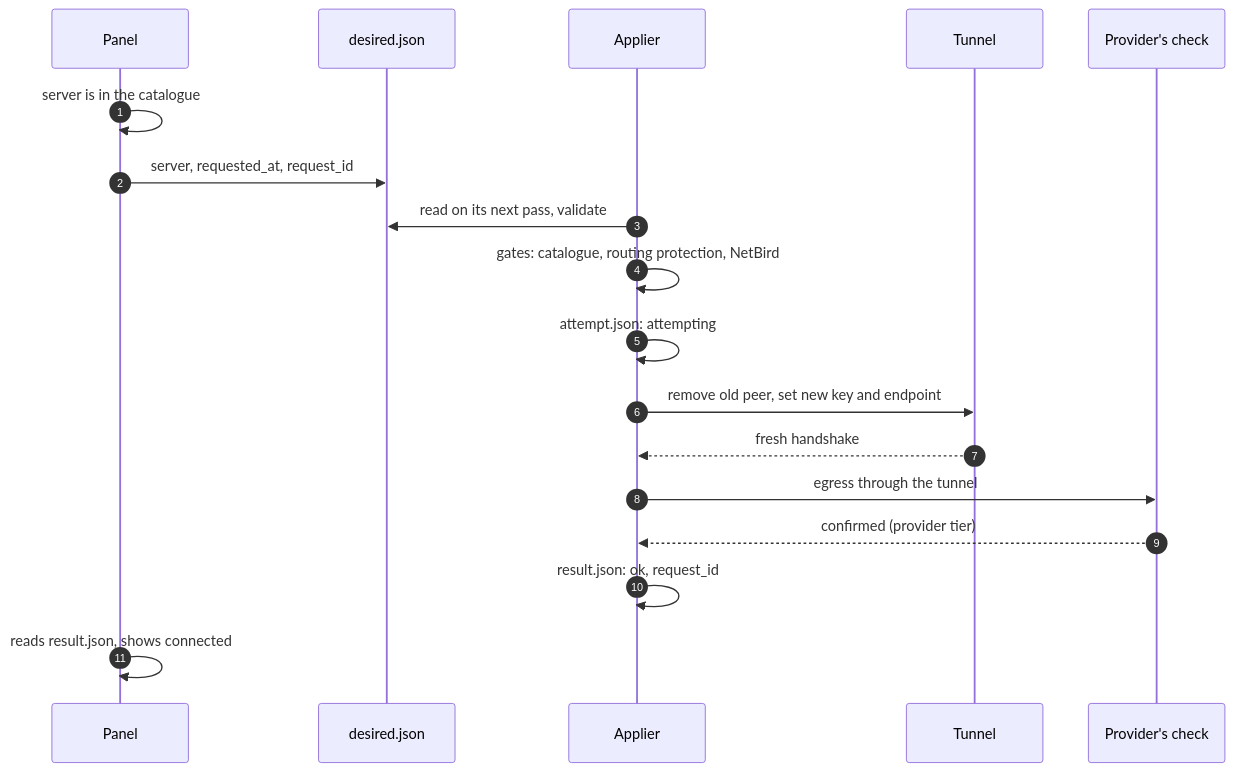
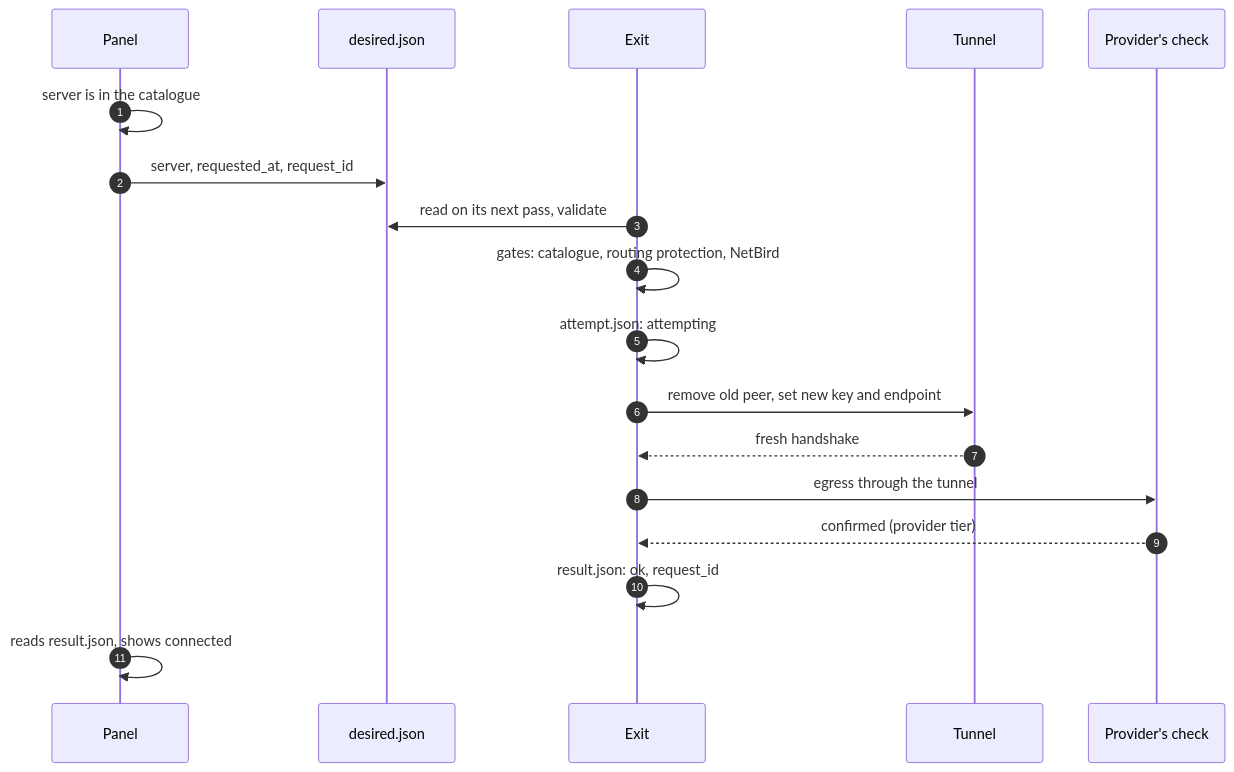
Before and after one commit to irashack/molebridge: the fourth of 4 diagrams in docs/architecture.md, drawn with Mermaid. The commit also changed other lines of this file, not shown here.

Commit message:
docs: architecture for the supervisor, worker, lease and single image

````diff
--- a/docs/architecture.md
+++ b/docs/architecture.md
@@ -1049,20 +1169,20 @@
 ```mermaid
 sequenceDiagram
     autonumber
     participant P as Panel
     participant D as desired.json
-    participant A as Applier
+    participant A as Exit
     participant T as Tunnel
     participant E as Provider's check
     P->>P: server is in the catalogue
     P->>D: server, requested_at, request_id
     A->>D: read on its next pass, validate
     A->>A: gates: catalogue, routing protection, NetBird
     A->>A: attempt.json: attempting
     A->>T: remove old peer, set new key and endpoint
     T-->>A: fresh handshake
     A->>E: egress through the tunnel
     E-->>A: confirmed (provider tier)
     A->>A: result.json: ok, request_id
     P->>P: reads result.json, shows connected
 ```
````
